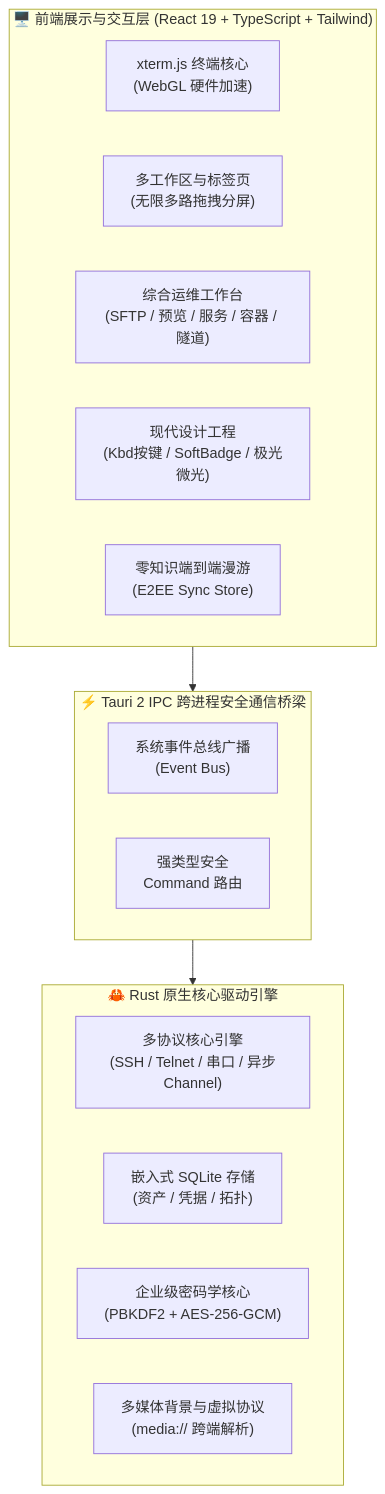
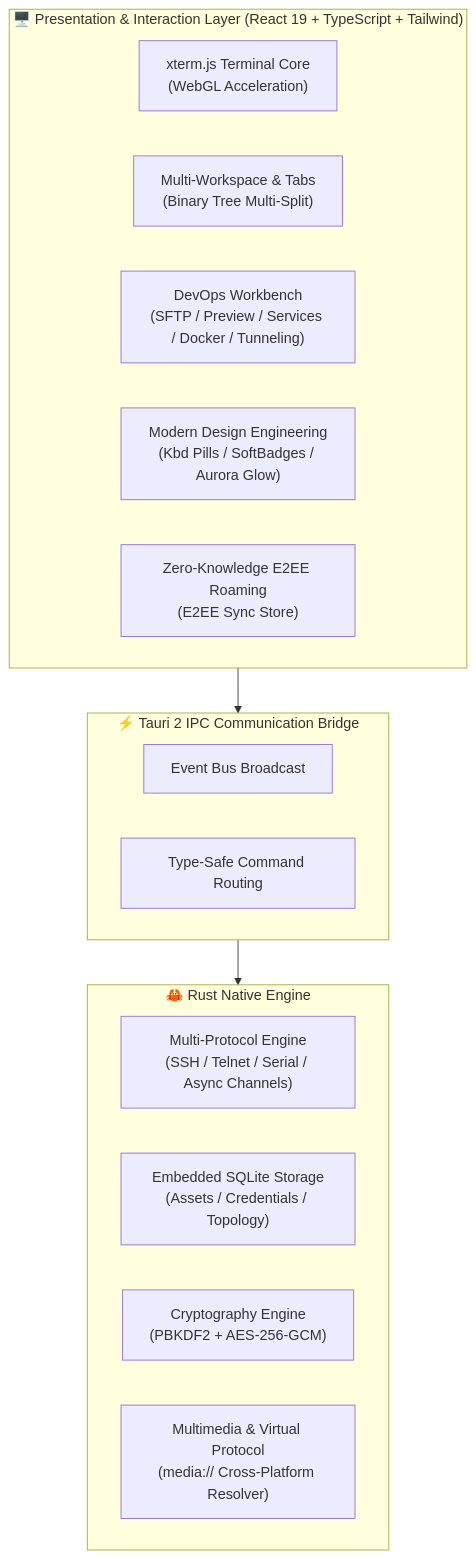
The diagram in README.md (Tomshushu/Qshell), drawn with Mermaid before and after one commit. The commit also changed other lines of this file and 5 other files, not shown here.

````diff
--- a/README.md
+++ b/README.md
@@ -155,25 +154,25 @@
 ```mermaid
 graph TB
-    subgraph UI ["🖥️ 前端展示与交互层 (React 19 + TypeScript + Tailwind)"]
-        UI_Terminal["xterm.js 终端核心<br/>(WebGL 硬件加速)"]
-        UI_Workbench["多工作区与标签页<br/>(无限多路拖拽分屏)"]
-        UI_Modules["综合运维工作台<br/>(SFTP / 预览 / 服务 / 容器 / 隧道)"]
-        UI_Design["现代设计工程<br/>(Kbd按键 / SoftBadge / 极光微光)"]
-        UI_Sync["零知识端到端漫游<br/>(E2EE Sync Store)"]
+    subgraph UI ["🖥️ Presentation & Interaction Layer (React 19 + TypeScript + Tailwind)"]
+        UI_Terminal["xterm.js Terminal Core<br/>(WebGL Acceleration)"]
+        UI_Workbench["Multi-Workspace & Tabs<br/>(Binary Tree Multi-Split)"]
+        UI_Modules["DevOps Workbench<br/>(SFTP / Preview / Services / Docker / Tunneling)"]
+        UI_Design["Modern Design Engineering<br/>(Kbd Pills / SoftBadges / Aurora Glow)"]
+        UI_Sync["Zero-Knowledge E2EE Roaming<br/>(E2EE Sync Store)"]
     end
 
-    subgraph IPC ["⚡ Tauri 2 IPC 跨进程安全通信桥梁"]
-        IPC_Events["系统事件总线广播<br/>(Event Bus)"]
-        IPC_Commands["强类型安全<br/>Command 路由"]
+    subgraph IPC ["⚡ Tauri 2 IPC Communication Bridge"]
+        IPC_Events["Event Bus Broadcast"]
+        IPC_Commands["Type-Safe Command Routing"]
     end
 
-    subgraph NativeCore ["🦀 Rust 原生核心驱动引擎"]
-        Core_SSH["多协议核心引擎<br/>(SSH / Telnet / 串口 / 异步Channel)"]
-        Core_DB["嵌入式 SQLite 存储<br/>(资产 / 凭据 / 拓扑)"]
-        Core_Crypto["企业级密码学核心<br/>(PBKDF2 + AES-256-GCM)"]
-        Core_Media["多媒体背景与虚拟协议<br/>(media:// 跨端解析)"]
+    subgraph NativeCore ["🦀 Rust Native Engine"]
+        Core_SSH["Multi-Protocol Engine<br/>(SSH / Telnet / Serial / Async Channels)"]
+        Core_DB["Embedded SQLite Storage<br/>(Assets / Credentials / Topology)"]
+        Core_Crypto["Cryptography Engine<br/>(PBKDF2 + AES-256-GCM)"]
+        Core_Media["Multimedia & Virtual Protocol<br/>(media:// Cross-Platform Resolver)"]
     end
 
     UI --> IPC
     IPC --> NativeCore
 ```
````
